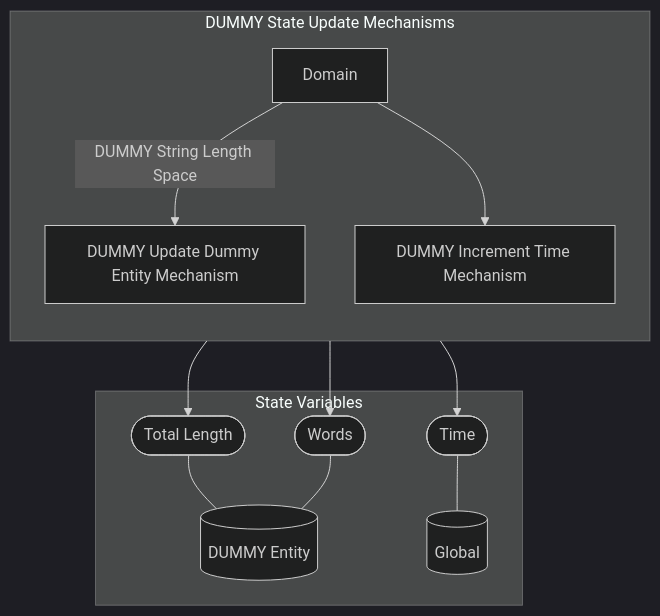
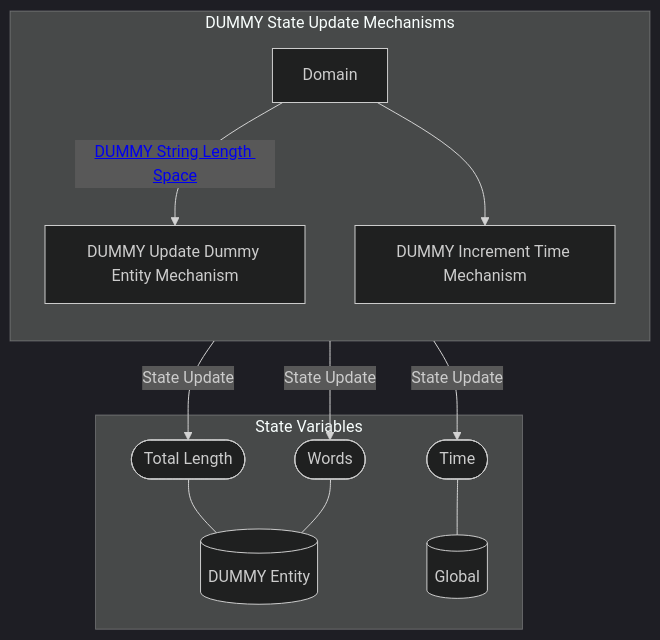
Before and after one commit to BlockScience/MSML-Template: the first of 2 diagrams in reports/obsidian/Wiring/DUMMY State Update Mechanisms.md, drawn with Mermaid (dark theme). The commit also changed other lines of this file and 41 other files, not shown here.

````diff
--- a/reports/obsidian/Wiring/DUMMY State Update Mechanisms.md
+++ b/reports/obsidian/Wiring/DUMMY State Update Mechanisms.md
@@ -3,29 +4,35 @@
 ```mermaid
 graph TB
 
 subgraph SVS["State Variables"]
 EE0[("DUMMY Entity")]
 EE1[("Global")]
 EES0(["Total Length"])
 EES0 --- EE0
 EES1(["Words"])
 EES1 --- EE0
 EES2(["Time"])
 EES2 --- EE1
 end
 
 subgraph X5["DUMMY State Update Mechanisms"]
 direction TB
 X1["DUMMY Update Dummy Entity Mechanism"]
-X1 --> EES1
-X1 --> EES0
+X1 --"State Update"--> EES0
+X1 --"State Update"--> EES1
 X2["DUMMY Increment Time Mechanism"]
-X2 --> EES2
+X2 --"State Update"--> EES2
 X3[Domain]
 
 direction LR
 direction TB
-X3 --"DUMMY String Length Space"--> X1
+X3 --"<a href='DUMMY String Length Space' class=internal-link>DUMMY String Length Space</a>"--> X1
 X3 --> X2
 end
+class X1 internal-link;
+class X2 internal-link;
+class X4 internal-link;
+class EE0 internal-link;
+class EE1 internal-link;
+
 ```
````
